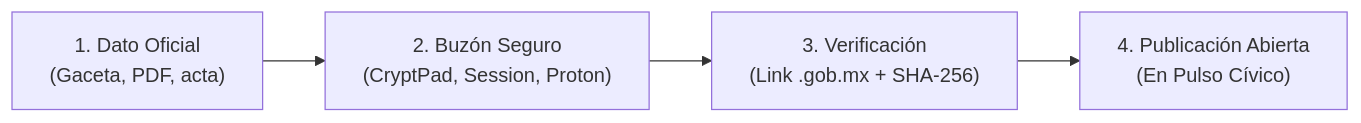
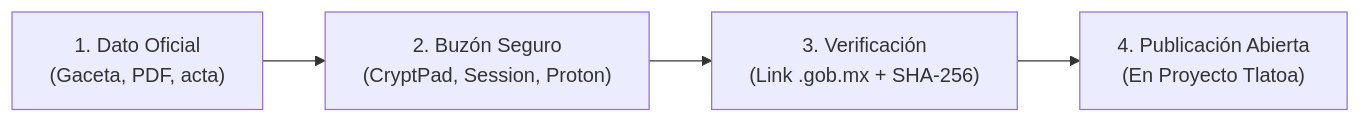
The diagram in docs/PIPELINE_STAGING.md (Kineyo/proyecto-tlatoa), drawn with Mermaid before and after one commit. The commit also changed other lines of this file and 183 other files, not shown here.

Commit message:
chore(rebrand): refactorizar a Proyecto Tlatoa, sanitizar identificadores y actualizar configuracion

````diff
--- a/docs/PIPELINE_STAGING.md
+++ b/docs/PIPELINE_STAGING.md
@@ -15,7 +15,7 @@
 ```mermaid
 flowchart LR
     A["1. Dato Oficial<br/>(Gaceta, PDF, acta)"]
     --> B["2. Buzón Seguro<br/>(CryptPad, Session, Proton)"]
     --> C["3. Verificación<br/>(Link .gob.mx + SHA-256)"]
-    --> D["4. Publicación Abierta<br/>(En Pulso Cívico)"]
+    --> D["4. Publicación Abierta<br/>(En Proyecto Tlatoa)"]
 ```
````
